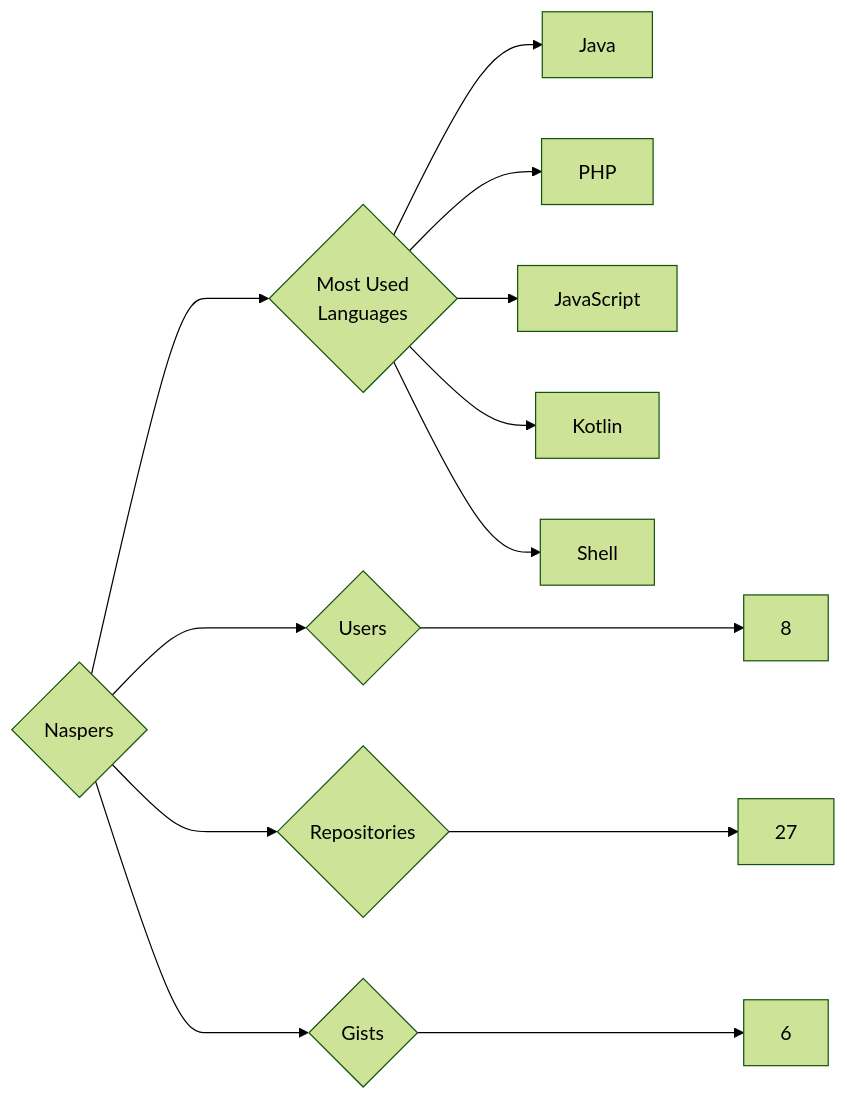
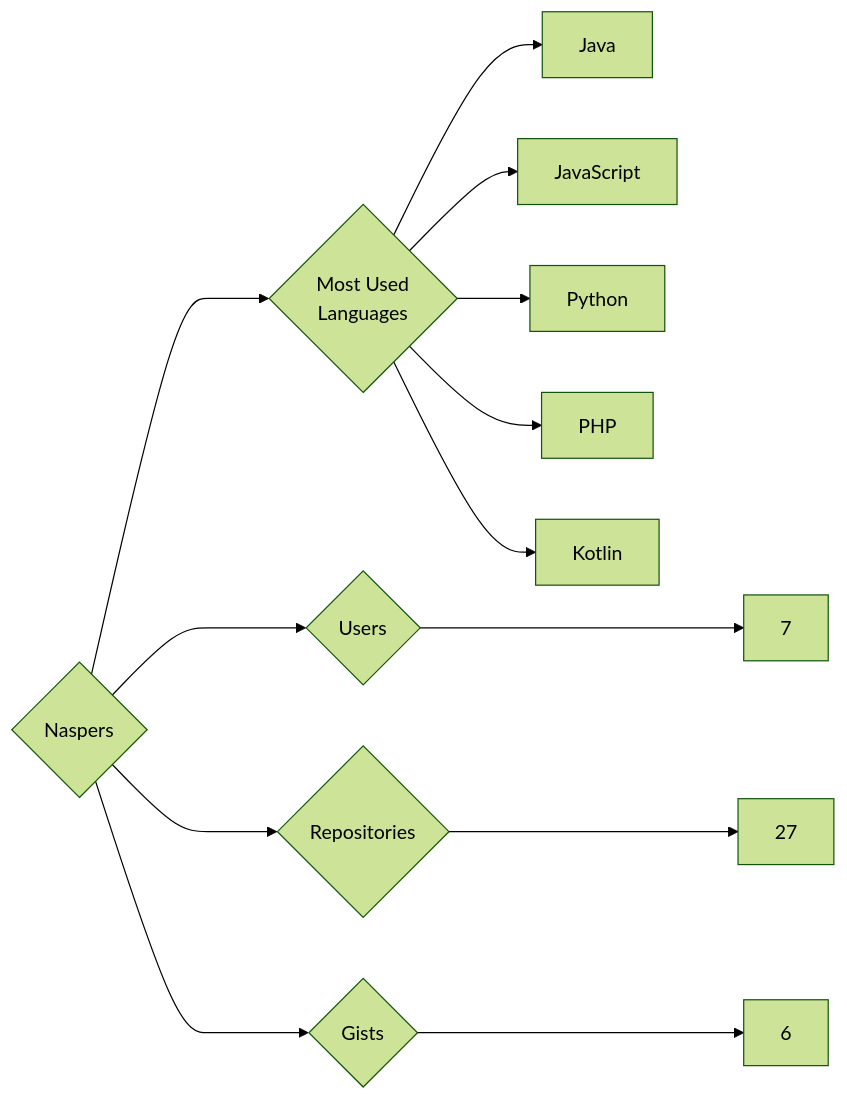
Before and after one commit to trickest/insiders: the diagram in targets/Naspers/README.md, drawn with Mermaid (forest theme). The commit also changed 823 other files, not shown here.

````diff
--- a/targets/Naspers/README.md
+++ b/targets/Naspers/README.md
@@ -3,13 +3,13 @@
 ```mermaid
 graph LR
 COMPANY_NAME{Naspers}
-COMPANY_NAME ---> U{Users} ---> UN[8]
+COMPANY_NAME ---> U{Users} ---> UN[7]
 COMPANY_NAME ---> R{Repositories} ---> RN[27]
 COMPANY_NAME ---> G{Gists} ---> GN[6]
 COMPANY_NAME ---> ML{Most Used<br>Languages}
 ML --> Java[Java]
+ML --> JavaScript[JavaScript]
+ML --> Python[Python]
 ML --> PHP[PHP]
-ML --> JavaScript[JavaScript]
 ML --> Kotlin[Kotlin]
-ML --> Shell[Shell]
 ```
````
